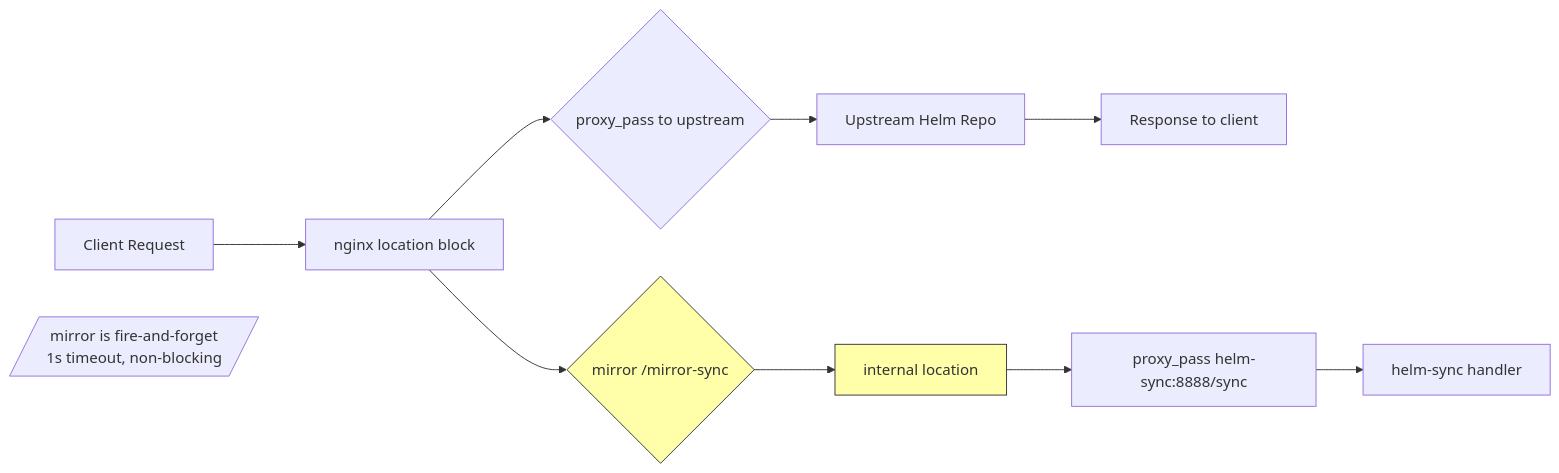
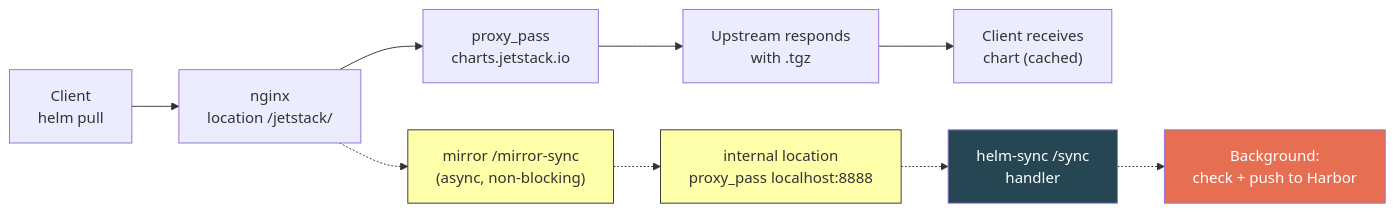
The sixth of 6 diagrams in README.md (derhornspieler/harvester-helm-harbor-sync), drawn with Mermaid before and after one commit. The commit also changed other lines of this file, not shown here.

First line of the commit message:
docs: rewrite mermaid diagrams for both deployment models

````diff
--- a/README.md
+++ b/README.md
@@ -88,19 +176,18 @@
 ```mermaid
 flowchart LR
-    A[Client Request] --> B[nginx location block]
-    B --> C{proxy_pass to upstream}
-    B --> D{mirror /mirror-sync}
+    A["Client<br/>helm pull"] --> B["nginx<br/>location /jetstack/"]
 
-    C --> E[Upstream Helm Repo]
-    E --> F[Response to client]
+    B --> C["proxy_pass<br/>charts.jetstack.io"]
+    C --> D["Upstream responds<br/>with .tgz"]
+    D --> E["Client receives<br/>chart (cached)"]
 
-    D --> G[internal location]
-    G --> H[proxy_pass helm-sync:8888/sync]
-    H --> I[helm-sync handler]
+    B -.-> F["mirror /mirror-sync<br/>(async, non-blocking)"]
+    F -.-> G["internal location<br/>proxy_pass localhost:8888"]
+    G -.-> H["helm-sync /sync<br/>handler"]
+    H -.-> I["Background:<br/>check + push to Harbor"]
 
-    style D fill:#ffa,stroke:#333
-    style G fill:#ffa,stroke:#333
-
-    Note1[/"mirror is fire-and-forget
-    1s timeout, non-blocking"/]
+    style F fill:#ffa,stroke:#333,color:#333
+    style G fill:#ffa,stroke:#333,color:#333
+    style H fill:#264653,color:#fff
+    style I fill:#e76f51,color:#fff
 ```
````
